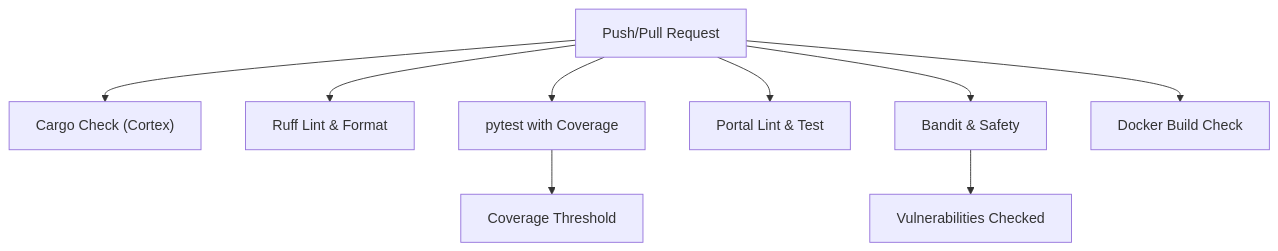
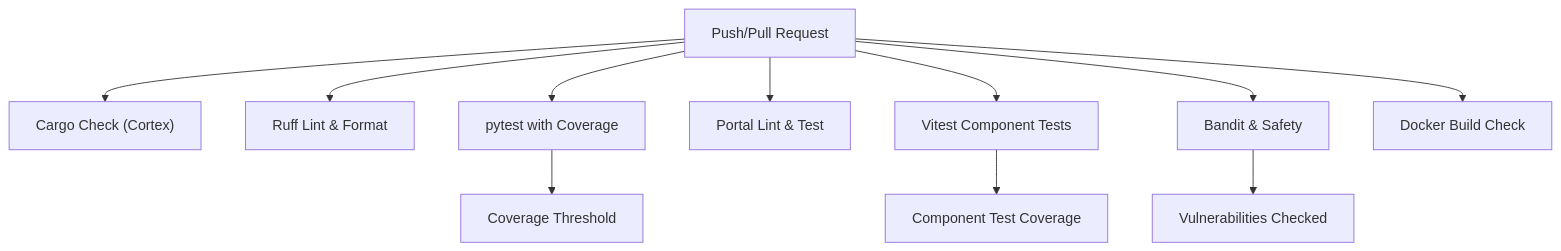
Diagram 11 of 12 in .qoder/repowiki/en/content/Testing and Quality Assurance/Testing and Quality Assurance.md (Moeabdelaziz007/Aether-Voice-OS), drawn with Mermaid before and after one commit. The commit also changed other lines of this file and 10 other files, not shown here.

````diff
--- a/.qoder/repowiki/en/content/Testing and Quality Assurance/Testing and Quality Assurance.md
+++ b/.qoder/repowiki/en/content/Testing and Quality Assurance/Testing and Quality Assurance.md
@@ -372,11 +493,13 @@
 ```mermaid
 graph TB
 Push["Push/Pull Request"] --> Rust["Cargo Check (Cortex)"]
 Push --> Lint["Ruff Lint & Format"]
 Push --> PyTest["pytest with Coverage"]
 Push --> Portal["Portal Lint & Test"]
+Push --> Vitest["Vitest Component Tests"]
 Push --> Sec["Bandit & Safety"]
 Push --> Docker["Docker Build Check"]
 PyTest --> Cov["Coverage Threshold"]
+Vitest --> CompTests["Component Test Coverage"]
 Sec --> Vulns["Vulnerabilities Checked"]
 ```
````
